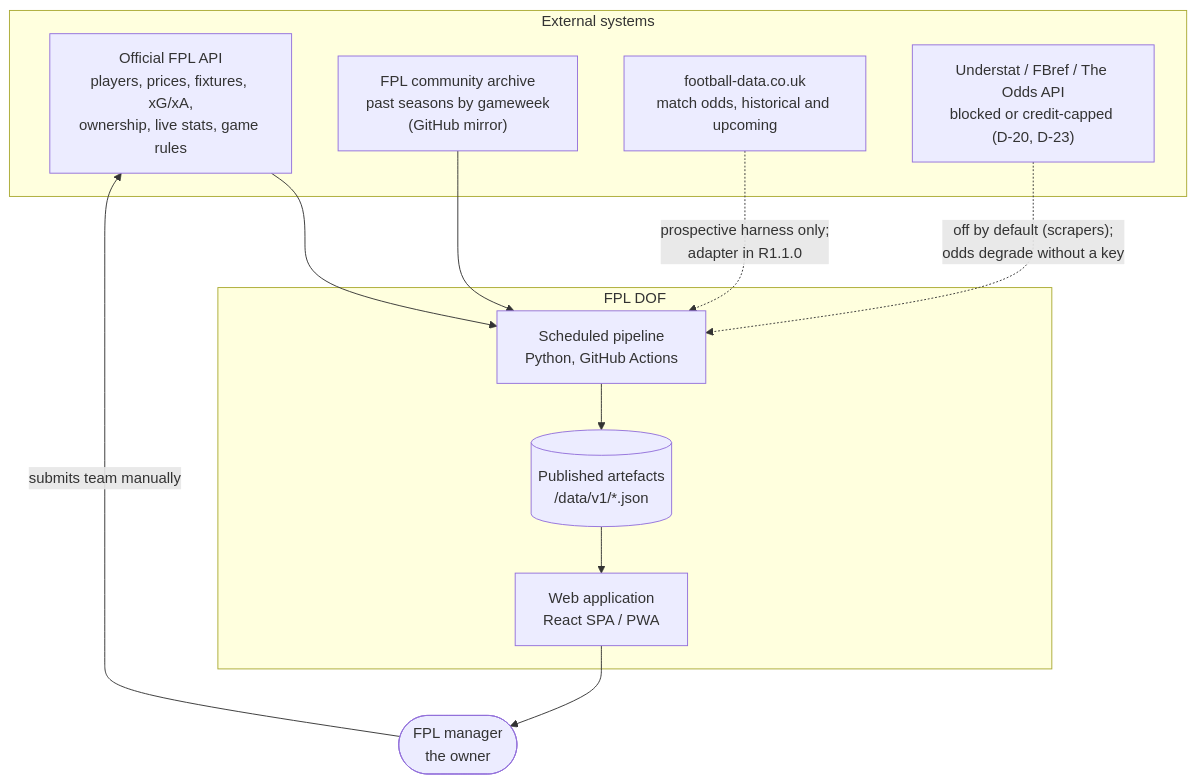
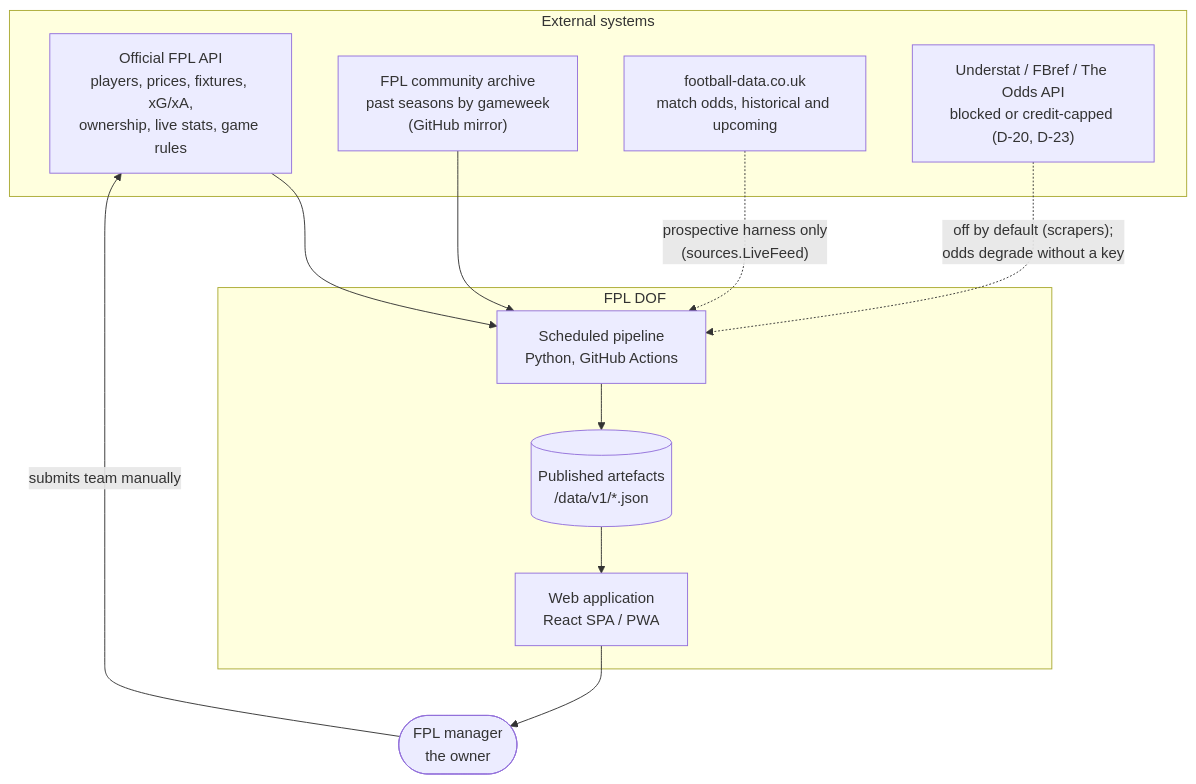
The first of 4 diagrams in docs/planning/03-solution-architecture.md (talonegg/fpl_dof2), drawn with Mermaid before and after one commit. The commit also changed other lines of this file and 3 other files, not shown here.

First line of the commit message:
docs: data sources, data architecture and model rewritten to the code

````diff
--- a/docs/planning/03-solution-architecture.md
+++ b/docs/planning/03-solution-architecture.md
@@ -41,26 +41,26 @@
 ```mermaid
 graph TB
     subgraph external["External systems"]
         FPL["Official FPL API<br/>players, prices, fixtures, xG/xA,<br/>ownership, live stats, game rules"]
         ARC["FPL community archive<br/>past seasons by gameweek<br/>(GitHub mirror)"]
         FDC["football-data.co.uk<br/>match odds, historical and upcoming"]
         BLK["Understat / FBref / The Odds API<br/>blocked or credit-capped (D-20, D-23)"]
     end
 
     subgraph system["FPL DOF"]
         PIPE["Scheduled pipeline<br/>Python, GitHub Actions"]
         ART[("Published artefacts<br/>/data/v1/*.json")]
         APP["Web application<br/>React SPA / PWA"]
     end
 
     USER(["FPL manager<br/>the owner"])
 
     FPL --> PIPE
     ARC --> PIPE
-    FDC -.->|"prospective harness only;<br/>adapter in R1.1.0"| PIPE
+    FDC -.->|"prospective harness only<br/>(sources.LiveFeed)"| PIPE
     BLK -.->|"off by default (scrapers);<br/>odds degrade without a key"| PIPE
     PIPE --> ART
     ART --> APP
     APP --> USER
     USER -->|"submits team manually"| FPL
 ```
````
